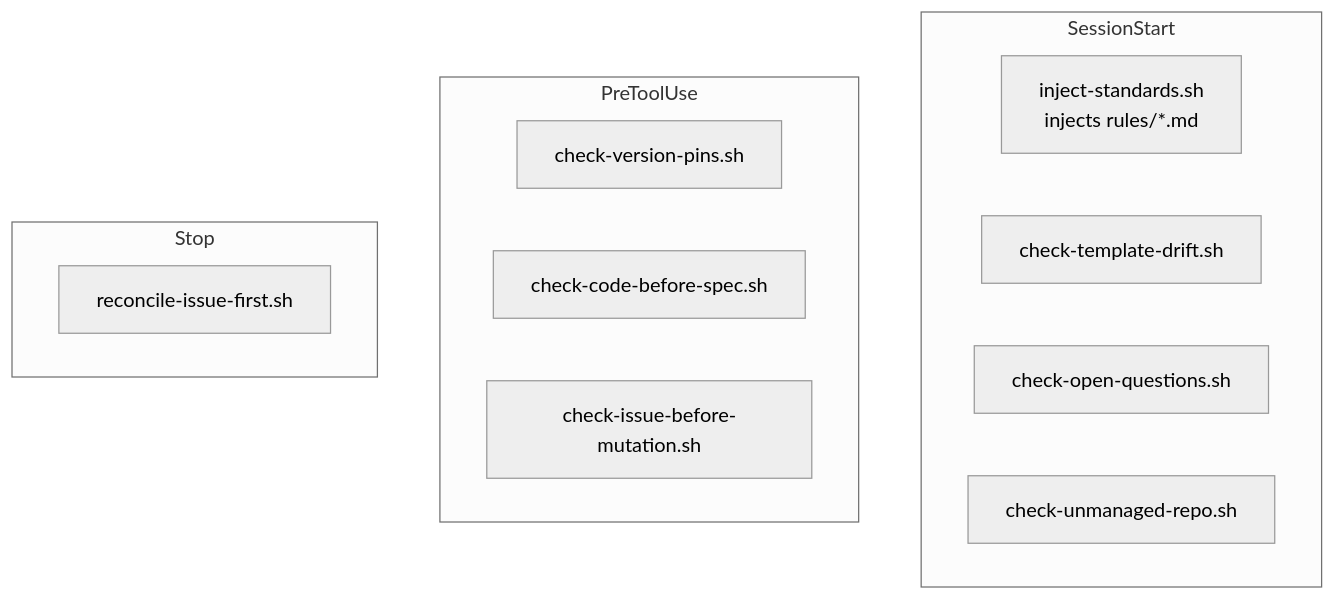
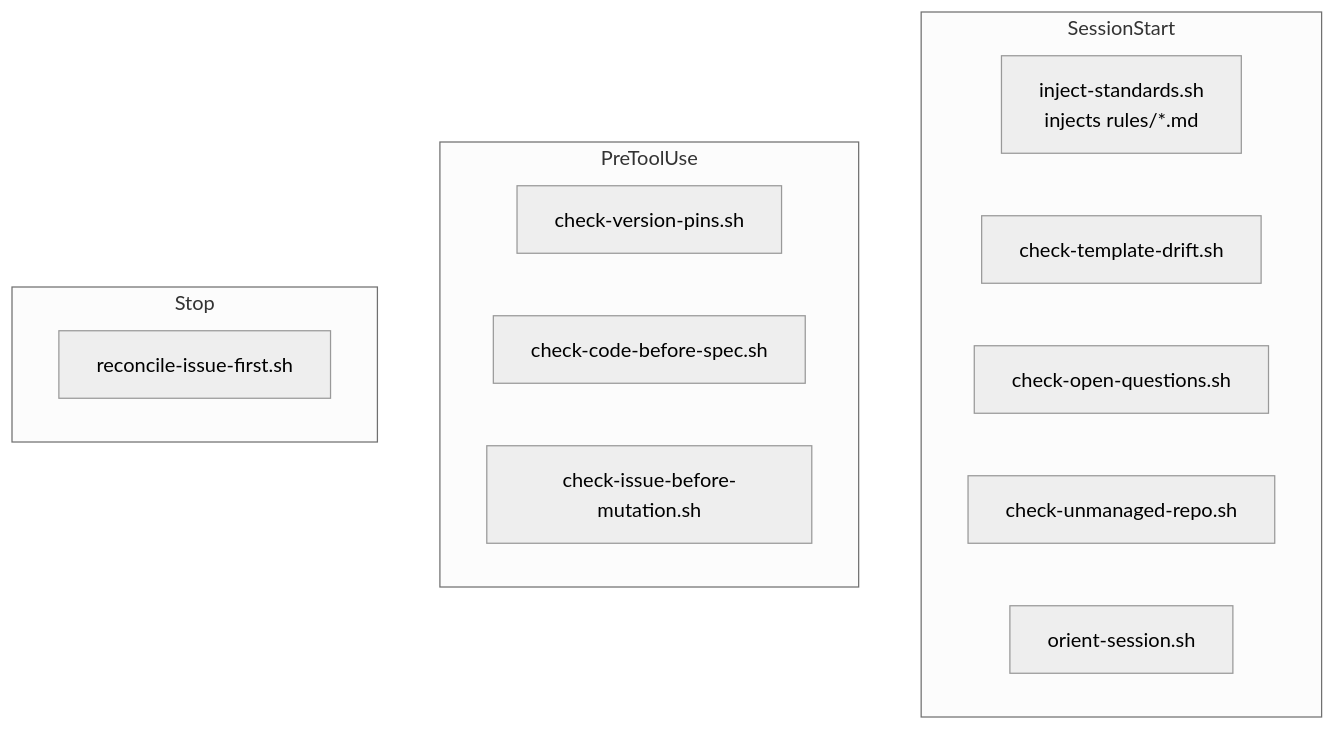
The diagram in docs/reference/hooks.md (element22llc/e22-plugins), drawn with Mermaid (neutral theme) before and after one commit. The commit also changed other lines of this file and 9 other files, not shown here.

````diff
--- a/docs/reference/hooks.md
+++ b/docs/reference/hooks.md
@@ -8,17 +8,18 @@
 ```mermaid
 flowchart TD
     subgraph SessionStart
       inject[inject-standards.sh<br/>injects rules/*.md]
       drift[check-template-drift.sh]
       oq[check-open-questions.sh]
       unmanaged[check-unmanaged-repo.sh]
+      orient[orient-session.sh]
     end
     subgraph PreToolUse
       pins[check-version-pins.sh]
       cbs[check-code-before-spec.sh]
       ibm[check-issue-before-mutation.sh]
     end
     subgraph Stop
       reconcile[reconcile-issue-first.sh]
     end
 ```
````
